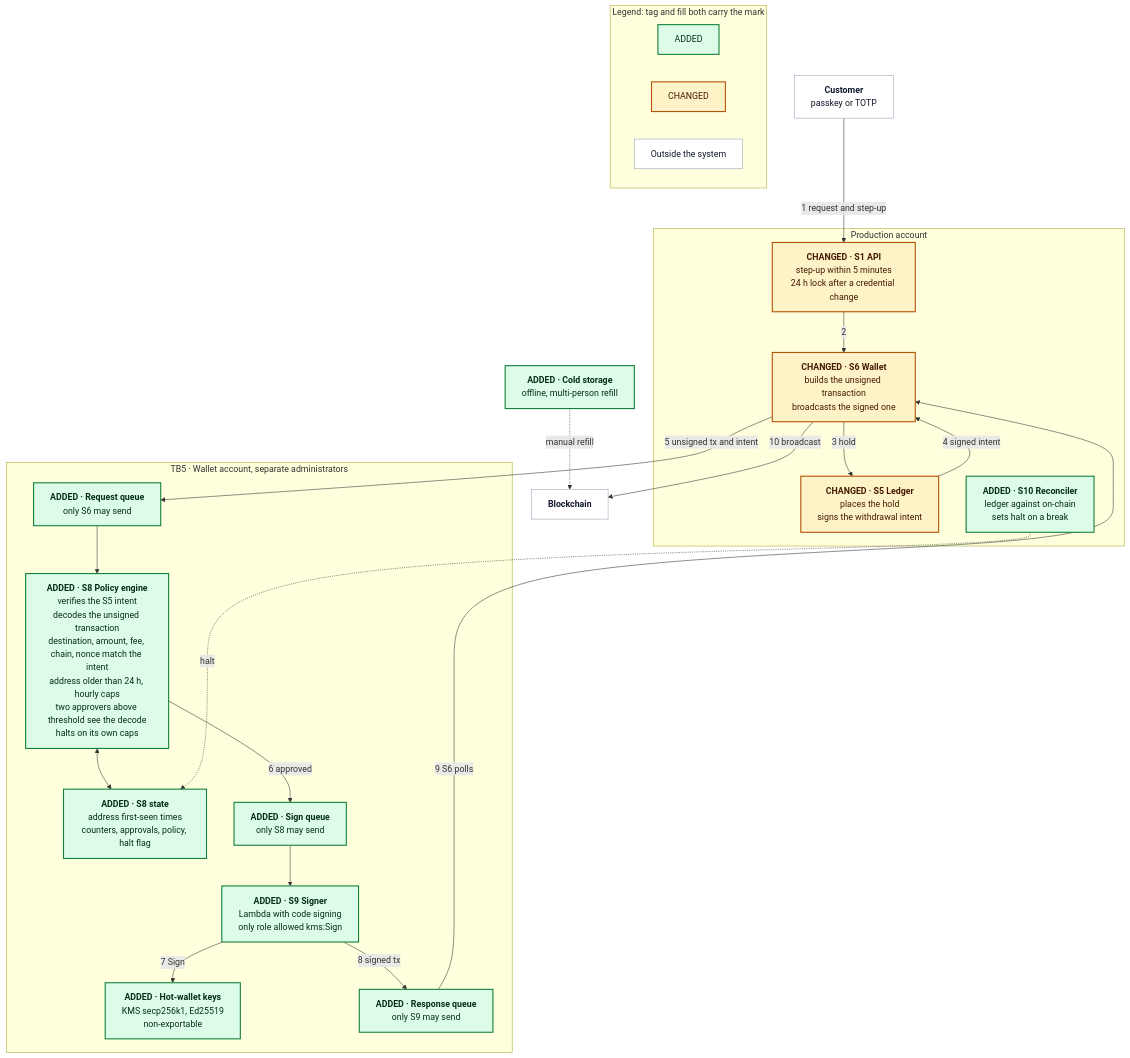
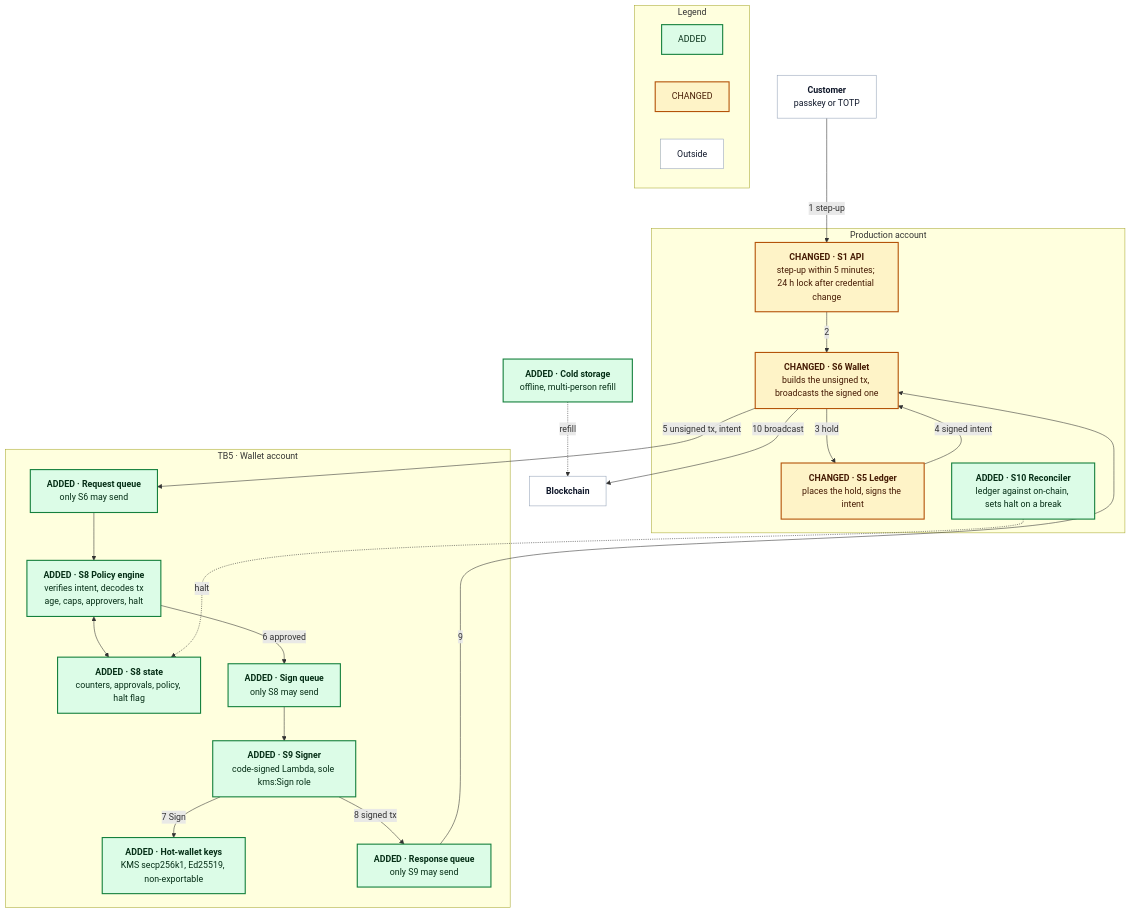
One commit to ndmquan-git/devops-challenge-ndmquan changed the second of 3 diagrams in src/problem5/SOLUTION.md. Above: the diagram before and after it, drawn with Mermaid. The commit also changed other lines of this file and 1 other file, not shown here.

````diff
--- a/src/problem5/SOLUTION.md
+++ b/src/problem5/SOLUTION.md
@@ -232,76 +232,65 @@
 ```mermaid
 flowchart TB
   classDef added fill:#dcfce7,stroke:#15803d,stroke-width:2px,color:#052e16
   classDef changed fill:#fef3c7,stroke:#b45309,stroke-width:2px,color:#451a03
   classDef external fill:#ffffff,stroke:#94a3b8,color:#0f172a
 
   user["`**Customer**
 passkey or TOTP`"]:::external
 
   subgraph prod["Production account"]
     S1["`**CHANGED · S1 API**
-step-up within 5 minutes
-24 h lock after a credential change`"]:::changed
+step-up within 5 minutes; 24 h lock after credential change`"]:::changed
     S6["`**CHANGED · S6 Wallet**
-builds the unsigned transaction
-broadcasts the signed one`"]:::changed
+builds the unsigned tx, broadcasts the signed one`"]:::changed
     S5["`**CHANGED · S5 Ledger**
-places the hold
-signs the withdrawal intent`"]:::changed
+places the hold, signs the intent`"]:::changed
     S10["`**ADDED · S10 Reconciler**
-ledger against on-chain
-sets halt on a break`"]:::added
+ledger against on-chain, sets halt on a break`"]:::added
   end
 
-  subgraph wallet["TB5 · Wallet account, separate administrators"]
+  subgraph wallet["TB5 · Wallet account"]
     Q1["`**ADDED · Request queue**
 only S6 may send`"]:::added
     S8["`**ADDED · S8 Policy engine**
-verifies the S5 intent
-decodes the unsigned transaction
-destination, amount, fee, chain, nonce match the intent
-address older than 24 h, hourly caps
-two approvers above threshold see the decode
-halts on its own caps`"]:::added
+verifies intent, decodes tx
+age, caps, approvers, halt`"]:::added
     ST["`**ADDED · S8 state**
-address first-seen times
 counters, approvals, policy, halt flag`"]:::added
     Q2["`**ADDED · Sign queue**
 only S8 may send`"]:::added
     S9["`**ADDED · S9 Signer**
-Lambda with code signing
-only role allowed kms:Sign`"]:::added
+code-signed Lambda, sole kms:Sign role`"]:::added
     K["`**ADDED · Hot-wallet keys**
-KMS secp256k1, Ed25519
-non-exportable`"]:::added
+KMS secp256k1, Ed25519, non-exportable`"]:::added
     Q3["`**ADDED · Response queue**
 only S9 may send`"]:::added
   end
 
   chain["`**Blockchain**`"]:::external
   cold["`**ADDED · Cold storage**
 offline, multi-person refill`"]:::added
 
-  user -->|1 request and step-up| S1
+  user -->|1 step-up| S1
   S1 -->|2| S6
   S6 -->|3 hold| S5
   S5 -->|4 signed intent| S6
-  S6 -->|5 unsigned tx and intent| Q1
+  S6 -->|5 unsigned tx, intent| Q1
   Q1 --> S8
   S8 <--> ST
   S10 -.->|halt| ST
   S8 -->|6 approved| Q2
   Q2 --> S9
   S9 -->|7 Sign| K
   S9 -->|8 signed tx| Q3
-  Q3 -->|9 S6 polls| S6
+  Q3 -->|9| S6
   S6 -->|10 broadcast| chain
-  cold -.->|manual refill| chain
+  cold -.->|refill| chain
 
-  subgraph legend["Legend: tag and fill both carry the mark"]
+  subgraph legend["Legend"]
     direction LR
     LA["ADDED"]:::added
     LC["CHANGED"]:::changed
-    LE["Outside the system"]:::external
+    LE["Outside"]:::external
   end
 ```
````
